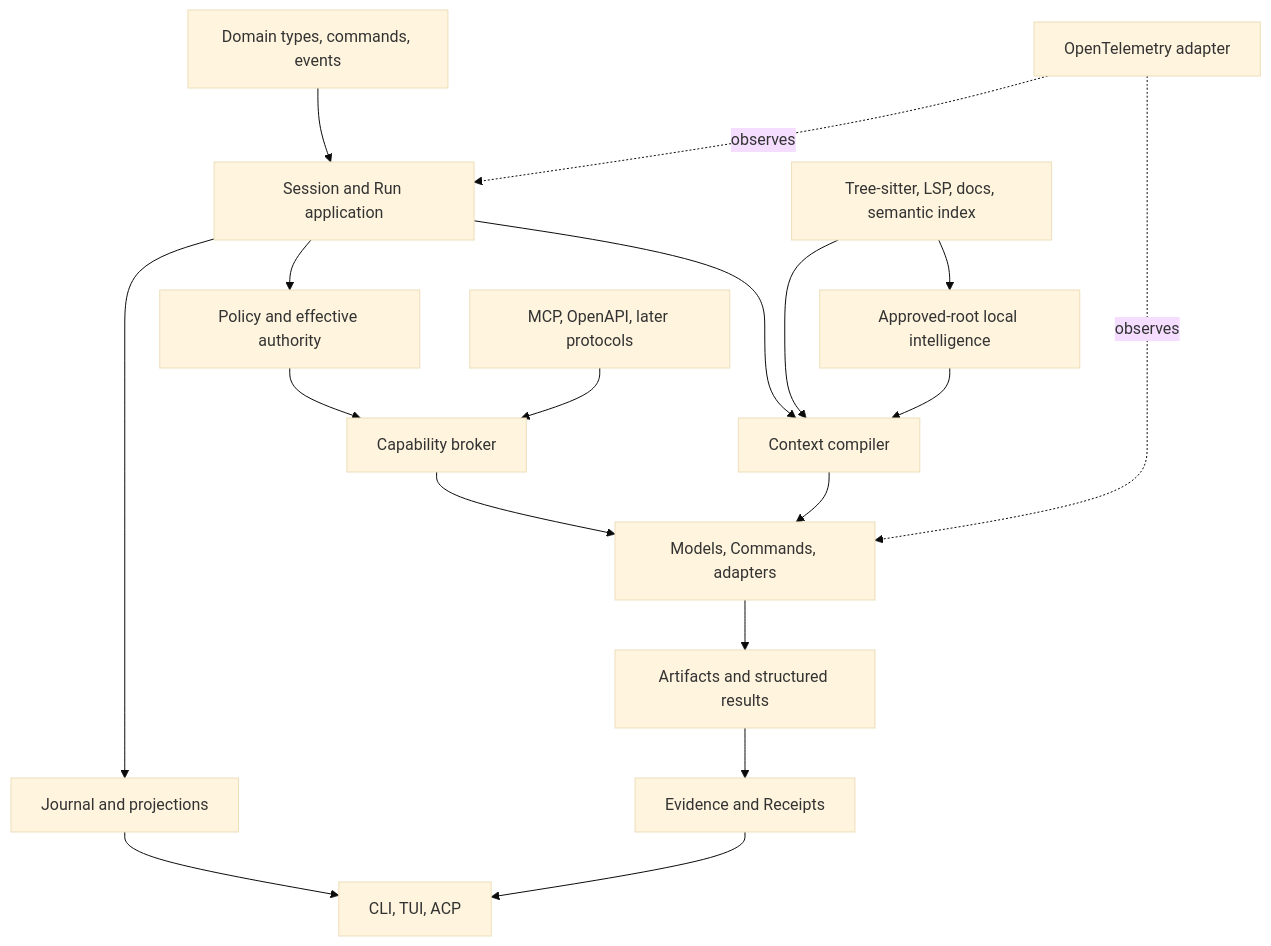
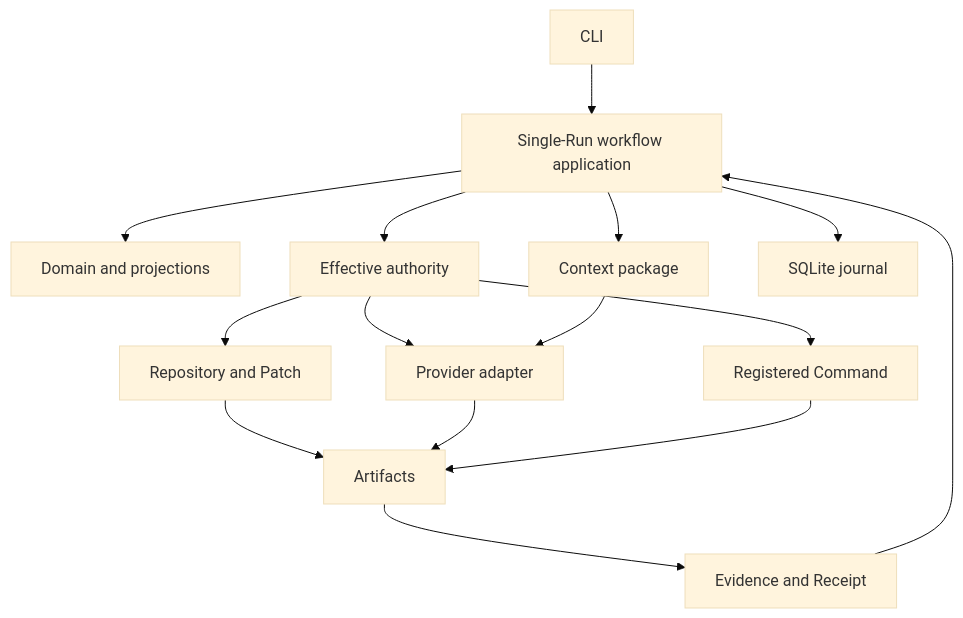
Before and after one commit to jenksed/invariant-system: the diagram in docs/ARCHITECTURE.md, drawn with Mermaid (base theme). The commit also changed other lines of this file, not shown here.

Commit message:
docs: reduce architecture to the credible change loop

````diff
--- a/docs/ARCHITECTURE.md
+++ b/docs/ARCHITECTURE.md
@@ -694,20 +751,17 @@
 ```mermaid
 flowchart TD
-    Domain[Domain types, commands, events] --> App[Session and Run application]
-    App --> Journal[Journal and projections]
-    App --> Policy[Policy and effective authority]
-    Policy --> Broker[Capability broker]
-    App --> Context[Context compiler]
-    Broker --> Execution[Models, Commands, adapters]
-    Context --> Execution
-    Execution --> Artifacts[Artifacts and structured results]
-    Artifacts --> Evidence[Evidence and Receipts]
-    Journal --> Interfaces[CLI, TUI, ACP]
-    Evidence --> Interfaces
-    Code[Tree-sitter, LSP, docs, semantic index] --> Context
-    Code --> Knowledge[Approved-root local intelligence]
-    Knowledge --> Context
-    Protocols[MCP, OpenAPI, later protocols] --> Broker
-    Telemetry[OpenTelemetry adapter] -. observes .-> App
-    Telemetry -. observes .-> Execution
+    CLI[CLI] --> Workflow[Single-Run workflow application]
+    Workflow --> Domain[Domain and projections]
+    Workflow --> Policy[Effective authority]
+    Workflow --> Context[Context package]
+    Workflow --> Store[SQLite journal]
+    Policy --> Repo[Repository and Patch]
+    Policy --> Model[Provider adapter]
+    Policy --> Command[Registered Command]
+    Context --> Model
+    Repo --> Artifacts[Artifacts]
+    Model --> Artifacts
+    Command --> Artifacts
+    Artifacts --> Evidence[Evidence and Receipt]
+    Evidence --> Workflow
 ```
````
